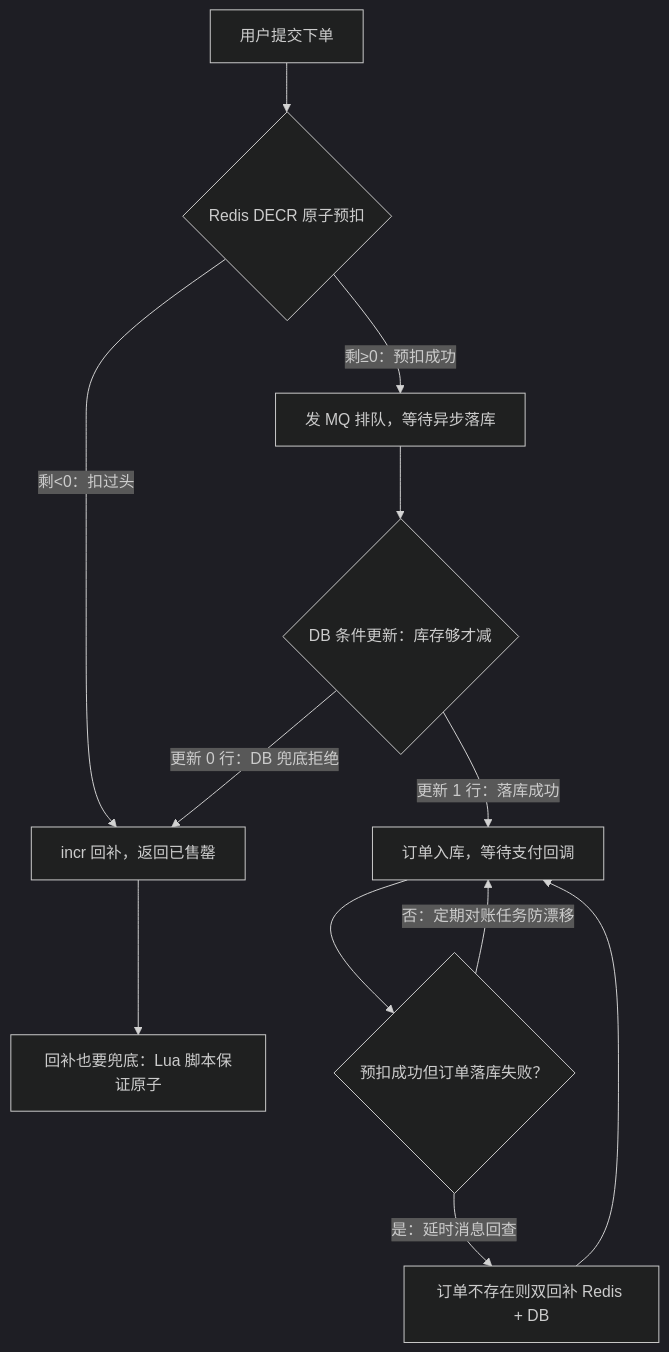
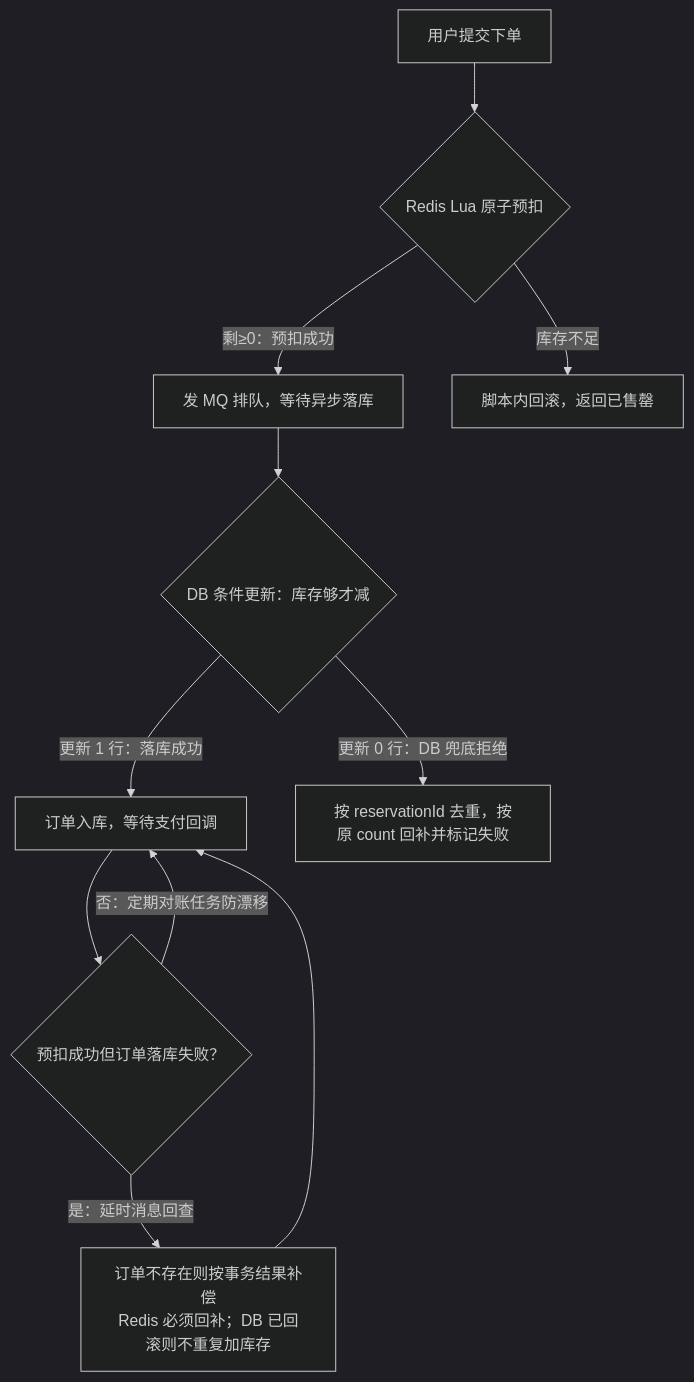
Before and after one commit to CrazyForks/java-full-stack: the fourth of 5 diagrams in docs/07-阶段七-全栈融合与项目实战/03-项目二-电商订单系统.md, drawn with Mermaid (dark theme). The commit also changed other lines of this file and 58 other files, not shown here.

````diff
--- a/docs/07-阶段七-全栈融合与项目实战/03-项目二-电商订单系统.md
+++ b/docs/07-阶段七-全栈融合与项目实战/03-项目二-电商订单系统.md
@@ -173,14 +264,13 @@
 ```mermaid
 flowchart TD
-    A["用户提交下单"] --> B{"Redis DECR 原子预扣"}
+    A["用户提交下单"] --> B{"Redis Lua 原子预扣"}
     B -- "剩≥0：预扣成功" --> C["发 MQ 排队，等待异步落库"]
-    B -- "剩<0：扣过头" --> D["incr 回补，返回已售罄"]
+    B -- "库存不足" --> D["脚本内回滚，返回已售罄"]
     C --> E{"DB 条件更新：库存够才减"}
     E -- "更新 1 行：落库成功" --> F["订单入库，等待支付回调"]
-    E -- "更新 0 行：DB 兜底拒绝" --> D
-    D --> G["回补也要兜底：Lua 脚本保证原子"]
+    E -- "更新 0 行：DB 兜底拒绝" --> G["按 reservationId 去重，按原 count 回补并标记失败"]
     F --> H{"预扣成功但订单落库失败？"}
-    H -- "是：延时消息回查" --> I["订单不存在则双回补 Redis + DB"]
+    H -- "是：延时消息回查" --> I["订单不存在则按事务结果补偿<br/>Redis 必须回补；DB 已回滚则不重复加库存"]
     H -- "否：定期对账任务防漂移" --> F
     I --> F
 ```
````
